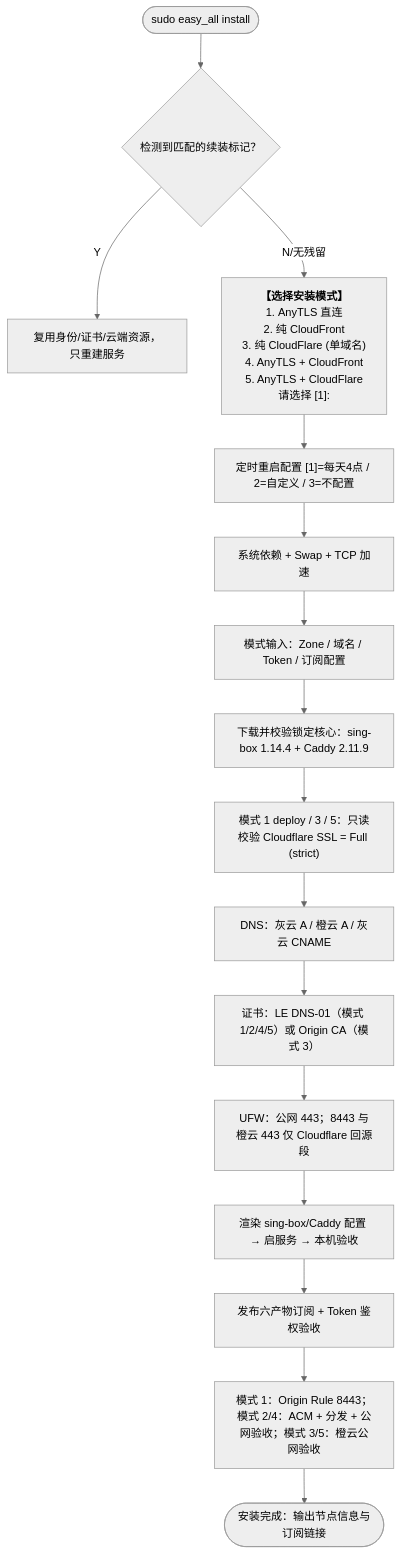
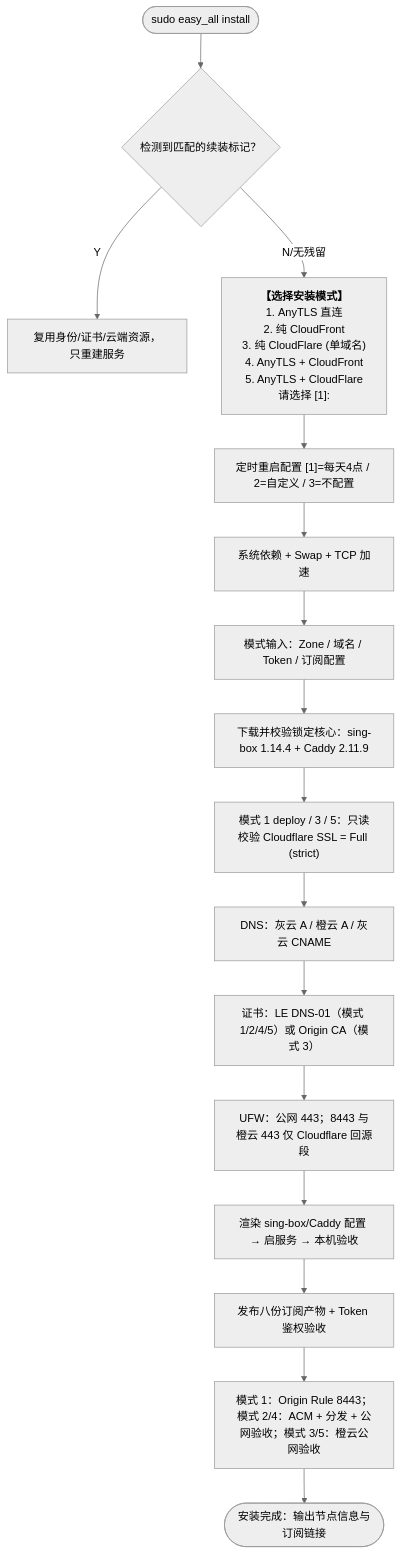
One commit to v2yiz/easy_all changed the diagram in README.md. Above: the diagram before and after it, drawn with Mermaid (neutral theme). The commit also changed other lines of this file and 23 other files, not shown here.

````diff
--- a/README.md
+++ b/README.md
@@ -171,18 +171,18 @@
 ```mermaid
 flowchart TD
     Start(["sudo easy_all install"]) --> Resume{"检测到匹配的续装标记？"}
     Resume -- "Y" --> ResumeYes["复用身份/证书/云端资源，只重建服务"]
     Resume -- "N/无残留" --> ChooseMode["<b>【选择安装模式】</b><br/>1. AnyTLS 直连<br/>2. 纯 CloudFront<br/>3. 纯 CloudFlare (单域名)<br/>4. AnyTLS + CloudFront<br/>5. AnyTLS + CloudFlare<br/>请选择 [1]:"]
     ChooseMode --> Reboot["定时重启配置 [1]=每天4点 / 2=自定义 / 3=不配置"]
     Reboot --> Deps["系统依赖 + Swap + TCP 加速"]
     Deps --> Inputs["模式输入：Zone / 域名 / Token / 订阅配置"]
     Inputs --> Cores["下载并校验锁定核心：sing-box 1.14.4 + Caddy 2.11.9"]
     Cores --> Strict["模式 1 deploy / 3 / 5：只读校验 Cloudflare SSL = Full (strict)"]
     Strict --> DNS["DNS：灰云 A / 橙云 A / 灰云 CNAME"]
     DNS --> Cert["证书：LE DNS-01（模式 1/2/4/5）或 Origin CA（模式 3）"]
     Cert --> UFW["UFW：公网 443；8443 与橙云 443 仅 Cloudflare 回源段"]
     UFW --> Runtime["渲染 sing-box/Caddy 配置 → 启服务 → 本机验收"]
-    Runtime --> Sub["发布六产物订阅 + Token 鉴权验收"]
+    Runtime --> Sub["发布八份订阅产物 + Token 鉴权验收"]
     Sub --> Cloud["模式 1：Origin Rule 8443；模式 2/4：ACM + 分发 + 公网验收；模式 3/5：橙云公网验收"]
     Cloud --> Done(["安装完成：输出节点信息与订阅链接"])
 ```
````
